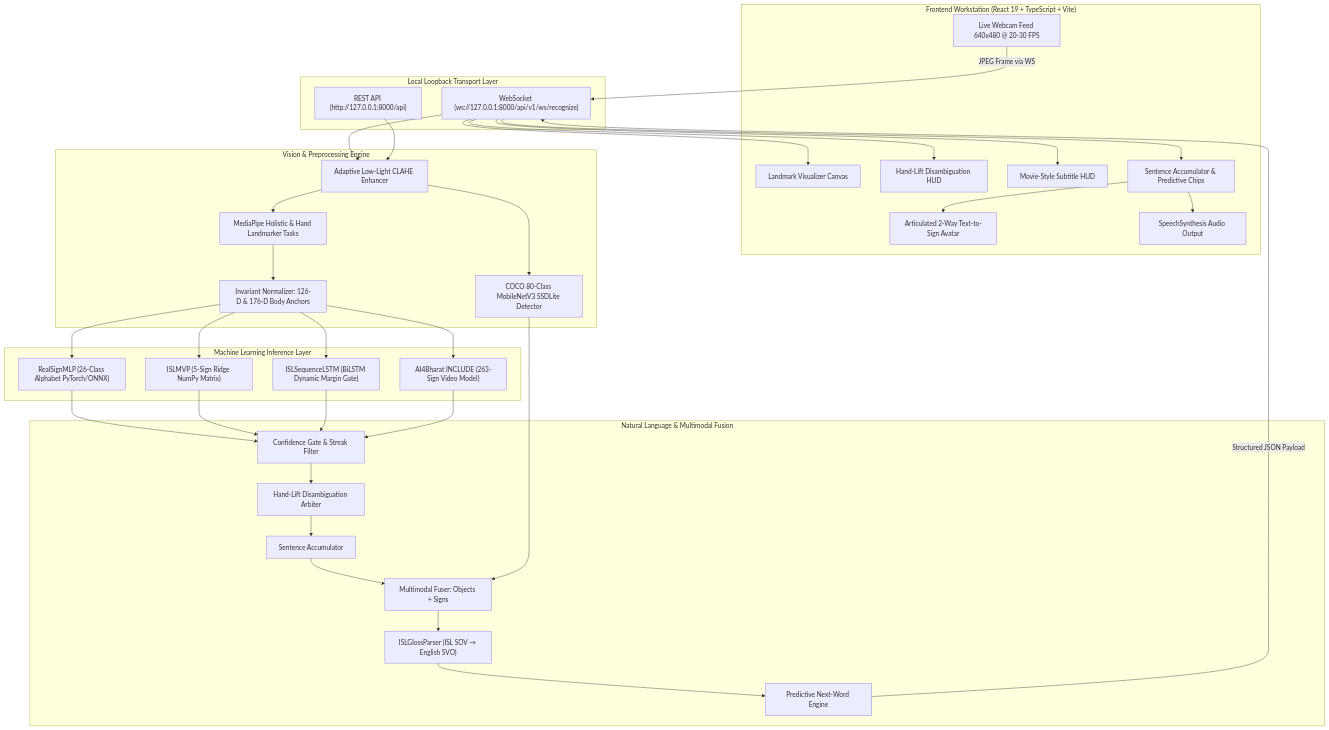
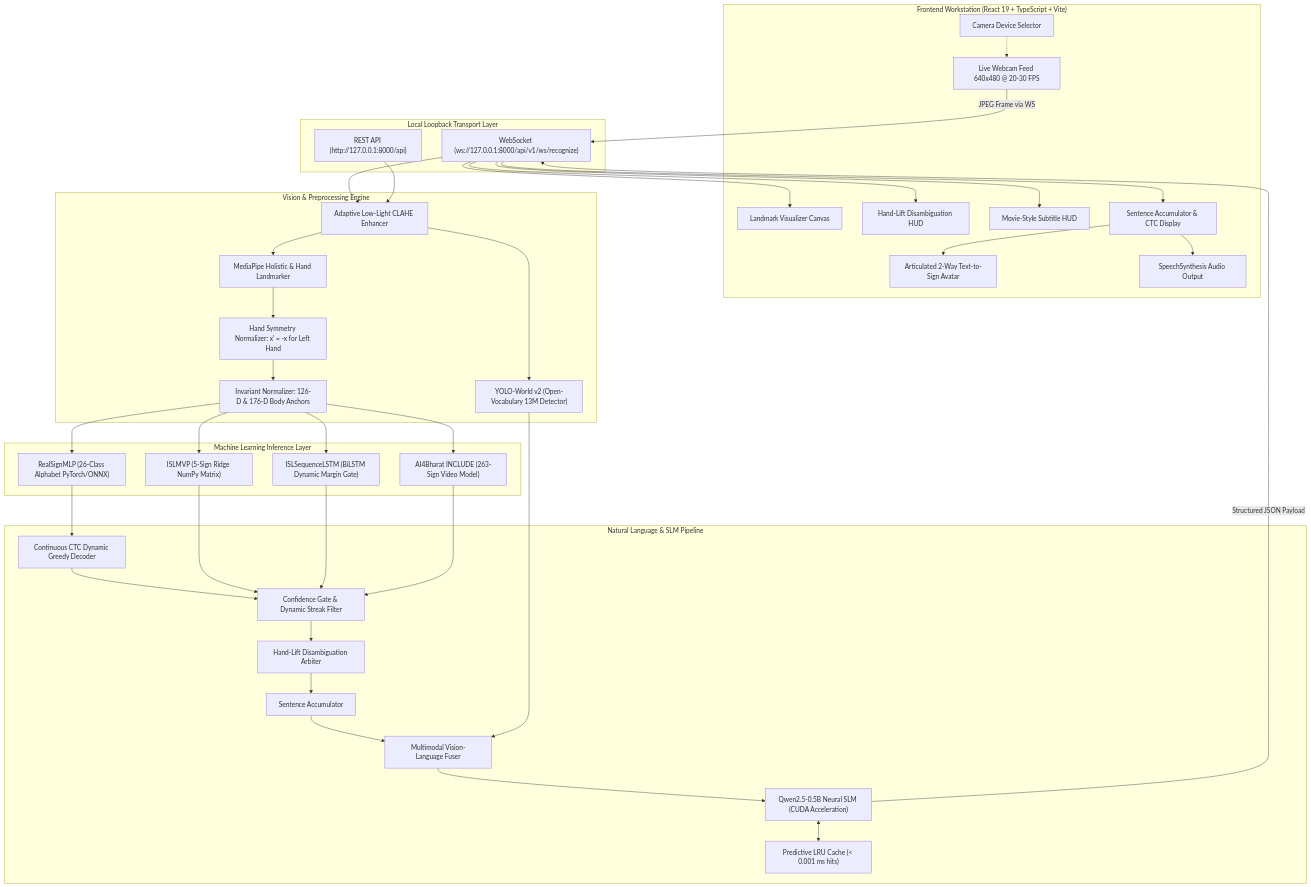
Before and after one commit to Isobit7/SETU: the diagram in README.md, drawn with Mermaid. The commit also changed other lines of this file and 2 other files, not shown here.

Commit message:
docs: update main README, MEMORY, and CHECKPOINTS for v2.0 (YOLO-World, Qwen2.5 SLM, CTC decoding, 160 passing tests)

````diff
--- a/README.md
+++ b/README.md
@@ -102,72 +110,78 @@
 ```mermaid
 graph TD
     subgraph Client ["Frontend Workstation (React 19 + TypeScript + Vite)"]
         Cam[Live Webcam Feed 640x480 @ 20-30 FPS]
+        CamSelect[Camera Device Selector]
         Canvas[Landmark Visualizer Canvas]
         DisambigHUD[Hand-Lift Disambiguation HUD]
         Subtitles[Movie-Style Subtitle HUD]
-        Buffer[Sentence Accumulator & Predictive Chips]
+        Buffer[Sentence Accumulator & CTC Display]
         Avatar[Articulated 2-Way Text-to-Sign Avatar]
         TTS[SpeechSynthesis Audio Output]
     end
 
     subgraph Transport ["Local Loopback Transport Layer"]
         WS["WebSocket (ws://127.0.0.1:8000/api/v1/ws/recognize)"]
         REST["REST API (http://127.0.0.1:8000/api)"]
     end
 
     subgraph VisionPipeline ["Vision & Preprocessing Engine"]
         CLAHE[Adaptive Low-Light CLAHE Enhancer]
-        MP[MediaPipe Holistic & Hand Landmarker Tasks]
+        MP[MediaPipe Holistic & Hand Landmarker]
+        Symmetry[Hand Symmetry Normalizer: x' = -x for Left Hand]
         Extract[Invariant Normalizer: 126-D & 176-D Body Anchors]
-        COCO[COCO 80-Class MobileNetV3 SSDLite Detector]
+        YOLO["YOLO-World v2 (Open-Vocabulary 13M Detector)"]
     end
 
     subgraph Models ["Machine Learning Inference Layer"]
         RealSign["RealSignMLP (26-Class Alphabet PyTorch/ONNX)"]
         MVP["ISLMVP (5-Sign Ridge NumPy Matrix)"]
         LSTM["ISLSequenceLSTM (BiLSTM Dynamic Margin Gate)"]
         INCLUDE["AI4Bharat INCLUDE (263-Sign Video Model)"]
     end
 
-    subgraph NLP ["Natural Language & Multimodal Fusion"]
-        Streak[Confidence Gate & Streak Filter]
+    subgraph NLP ["Natural Language & SLM Pipeline"]
+        CTC["Continuous CTC Dynamic Greedy Decoder"]
+        Streak[Confidence Gate & Dynamic Streak Filter]
         DisambigArbiter[Hand-Lift Disambiguation Arbiter]
         Accum[Sentence Accumulator]
-        Fuser[Multimodal Fuser: Objects + Signs]
-        Predictive[Predictive Next-Word Engine]
-        Gloss["ISLGlossParser (ISL SOV → English SVO)"]
+        Fuser[Multimodal Vision-Language Fuser]
+        Qwen["Qwen2.5-0.5B Neural SLM (CUDA Acceleration)"]
+        LRUCache["Predictive LRU Cache (< 0.001 ms hits)"]
     end
 
     Cam -->|JPEG Frame via WS| WS
+    CamSelect -.-> Cam
     WS --> CLAHE
     REST --> CLAHE
     CLAHE --> MP
-    CLAHE --> COCO
-    MP --> Extract
+    CLAHE --> YOLO
+    MP --> Symmetry
+    Symmetry --> Extract
 
     Extract --> RealSign
     Extract --> MVP
     Extract --> LSTM
     Extract --> INCLUDE
 
-    RealSign --> Streak
+    RealSign --> CTC
+    CTC --> Streak
     MVP --> Streak
     LSTM --> Streak
     INCLUDE --> Streak
 
     Streak --> DisambigArbiter
     DisambigArbiter --> Accum
     Accum --> Fuser
-    COCO --> Fuser
-    Fuser --> Gloss
-    Gloss --> Predictive
+    YOLO --> Fuser
+    Fuser --> Qwen
+    Qwen <--> LRUCache
 
-    Predictive -->|Structured JSON Payload| WS
+    Qwen -->|Structured JSON Payload| WS
     WS --> Canvas
     WS --> DisambigHUD
     WS --> Subtitles
     WS --> Buffer
     Buffer --> Avatar
     Buffer --> TTS
 ```
````
